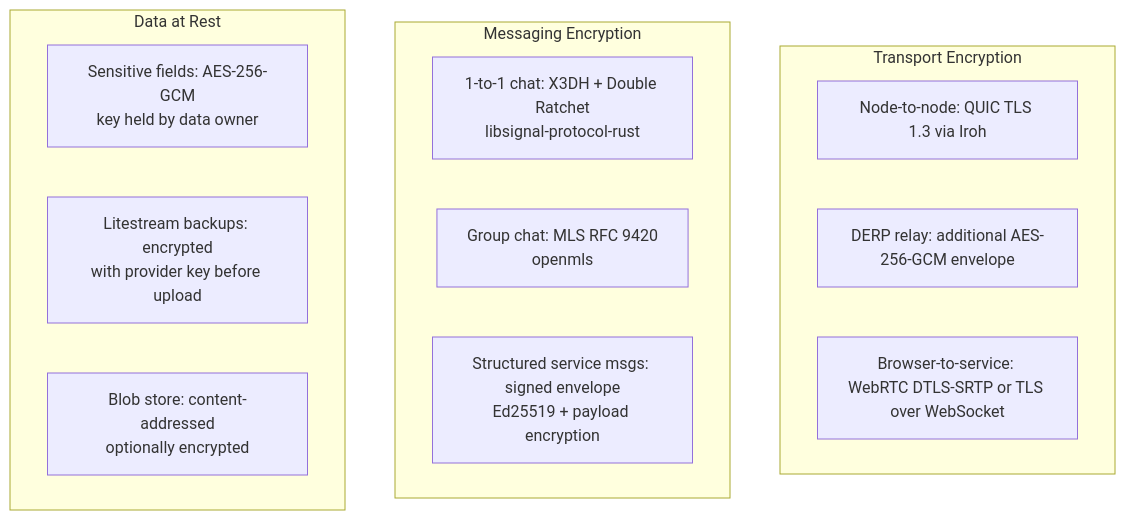
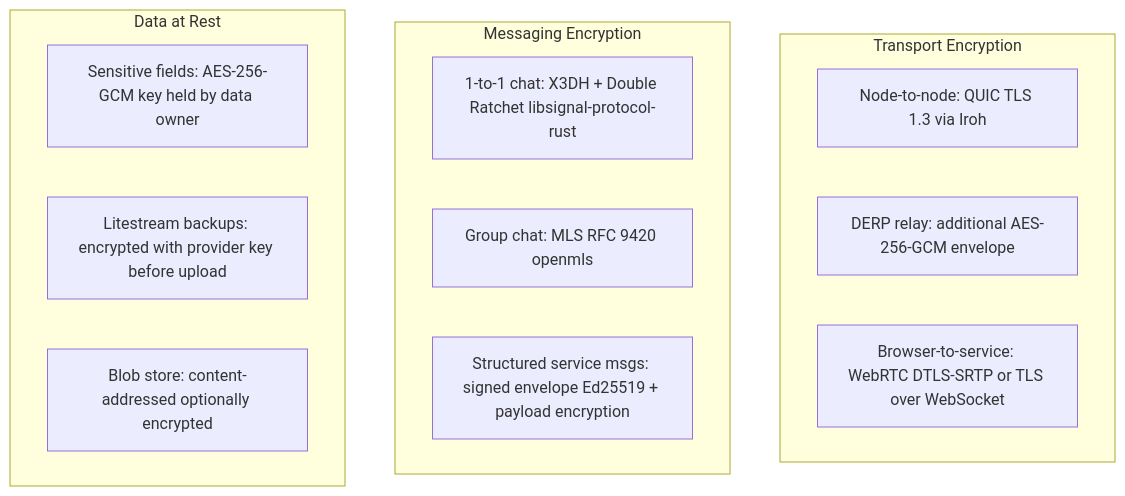
One commit to syneroym/syneroym changed diagram 20 of 21 in docs/architecture.md. Above: the diagram before and after it, drawn with Mermaid. The commit also changed other lines of this file, not shown here.

````diff
--- a/docs/architecture.md
+++ b/docs/architecture.md
@@ -842,20 +811,20 @@
 ```mermaid
 flowchart TD
     subgraph TRANSPORT["Transport Encryption"]
         T1[Node-to-node: QUIC TLS 1.3 via Iroh]
         T2[DERP relay: additional AES-256-GCM envelope]
         T3[Browser-to-service: WebRTC DTLS-SRTP or TLS over WebSocket]
     end
 
     subgraph MESSAGING_ENC["Messaging Encryption"]
-        M1[1-to-1 chat: X3DH + Double Ratchet\nlibsignal-protocol-rust]
-        M2[Group chat: MLS RFC 9420\nopenmls]
-        M3[Structured service msgs: signed envelope\nEd25519 + payload encryption]
+        M1[1-to-1 chat: X3DH + Double Ratchet libsignal-protocol-rust]
+        M2[Group chat: MLS RFC 9420 openmls]
+        M3[Structured service msgs: signed envelope Ed25519 + payload encryption]
     end
 
     subgraph AT_REST["Data at Rest"]
-        R1[Sensitive fields: AES-256-GCM\nkey held by data owner]
-        R2[Litestream backups: encrypted\nwith provider key before upload]
-        R3[Blob store: content-addressed\noptionally encrypted]
+        R1[Sensitive fields: AES-256-GCM key held by data owner]
+        R2[Litestream backups: encrypted with provider key before upload]
+        R3[Blob store: content-addressed optionally encrypted]
     end
 ```
````
